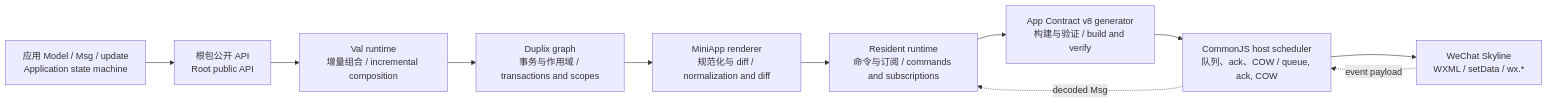
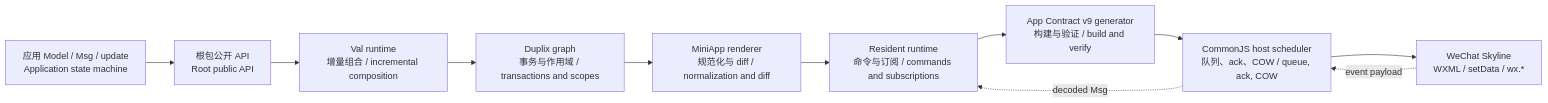
Before and after one commit to lucavance/minimoon: the diagram in docs/code-analysis/assets/diagrams/source/README-1.mmd, drawn with Mermaid. The commit also changed 123 other files, not shown here.

```diff
--- a/docs/code-analysis/assets/diagrams/source/README-1.mmd
+++ b/docs/code-analysis/assets/diagrams/source/README-1.mmd
@@ -1,21 +1,21 @@
 flowchart LR
     App[应用 Model / Msg / update<br/>Application state machine]
     Public[根包公开 API<br/>Root public API]
     Val[Val runtime<br/>增量组合 / incremental composition]
     Graph[Duplix graph<br/>事务与作用域 / transactions and scopes]
     Renderer[MiniApp renderer<br/>规范化与 diff / normalization and diff]
     Runtime[Resident runtime<br/>命令与订阅 / commands and subscriptions]
-    Generator[App Contract v8 generator<br/>构建与验证 / build and verify]
+    Generator[App Contract v9 generator<br/>构建与验证 / build and verify]
     Host[CommonJS host scheduler<br/>队列、ack、COW / queue, ack, COW]
     Skyline[WeChat Skyline<br/>WXML / setData / wx.*]
 
     App --> Public
     Public --> Val
     Val --> Graph
     Graph --> Renderer
     Renderer --> Runtime
     Runtime --> Generator
     Generator --> Host
     Host --> Skyline
     Skyline -. event payload .-> Host
     Host -. decoded Msg .-> Runtime
```
